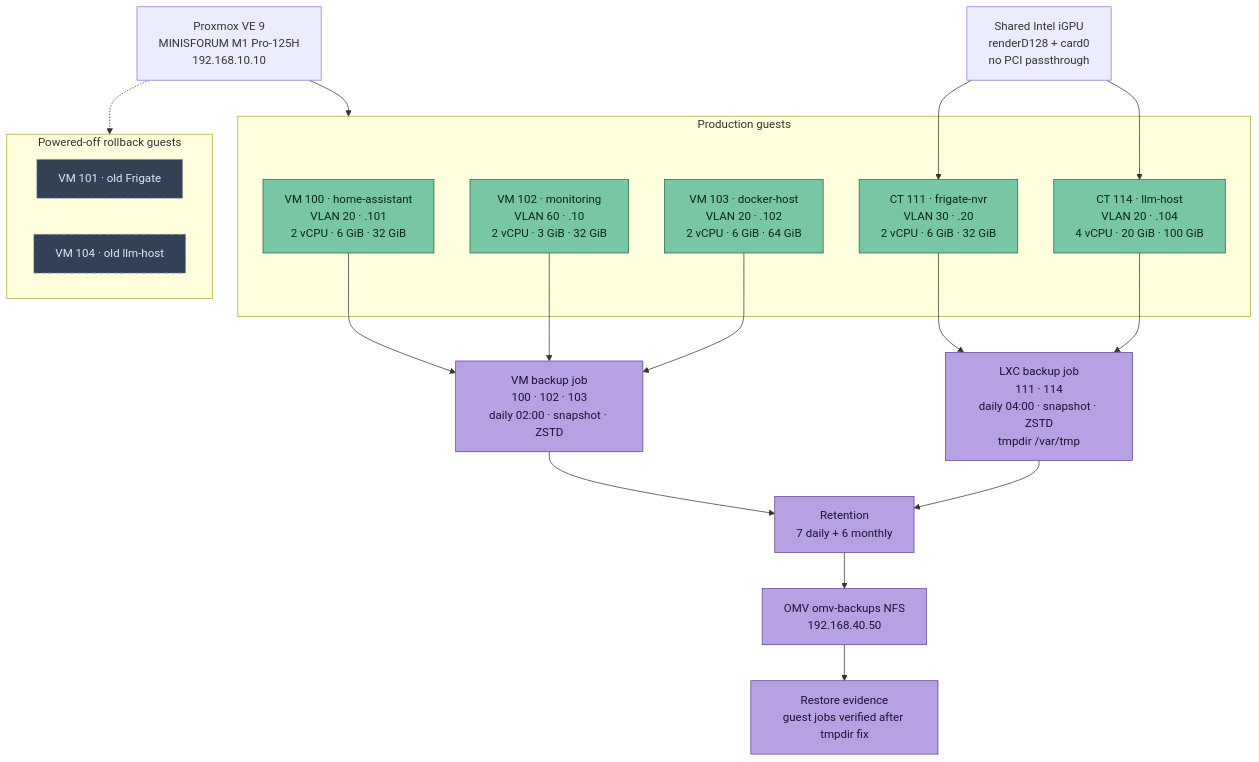
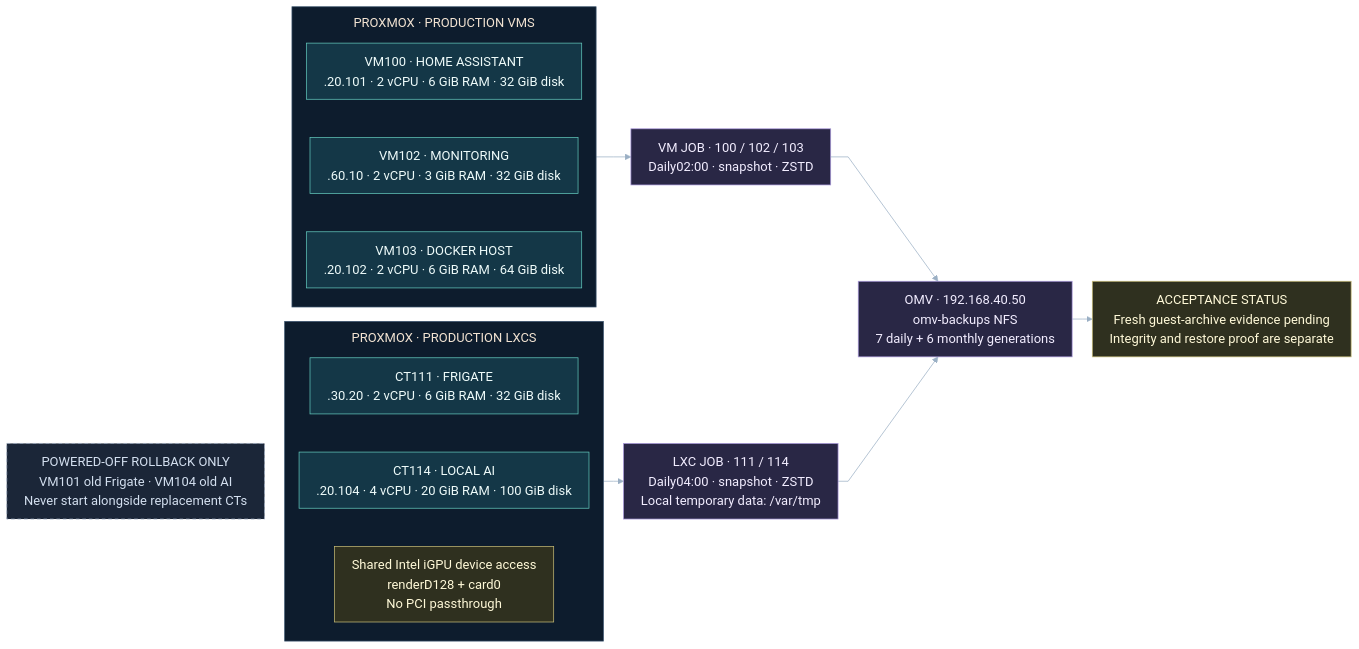
One commit to Nysplaidame/home-automation-project changed the diagram in main/docs/diagrams/infrastructure/proxmox-guests-and-backups.mermaid. Above: the diagram before and after it, drawn with Mermaid. The commit also changed 18 other files, not shown here.

Commit message:
docs(diagrams): simplify architecture views

```diff
--- a/main/docs/diagrams/infrastructure/proxmox-guests-and-backups.mermaid
+++ b/main/docs/diagrams/infrastructure/proxmox-guests-and-backups.mermaid
@@ -1,44 +1,35 @@
-flowchart TB
-    Proxmox["Proxmox VE 9<br/>MINISFORUM M1 Pro-125H<br/>192.168.10.10"]
+%%{init: {"theme":"base","fontFamily":"Segoe UI, sans-serif","themeVariables":{"primaryColor":"#123044","primaryTextColor":"#eef6ff","primaryBorderColor":"#58b7bf","lineColor":"#9aafc4","clusterBkg":"#0d1c2d","clusterBorder":"#38516b","tertiaryColor":"#0d1c2d","edgeLabelBackground":"#0b1929","fontFamily":"Segoe UI, sans-serif","fontSize":"18px"},"flowchart":{"curve":"linear","nodeSpacing":20,"rankSpacing":28,"padding":12,"subGraphTitleMargin":{"top":8,"bottom":16},"wrappingWidth":380,"useMaxWidth":false}}}%%
+flowchart LR
+    %% Guest membership and backup jobs; no cross-links to application services.
+    subgraph VMs["PROXMOX · PRODUCTION VMS"]
+        direction TB
+        HA["VM100 · HOME ASSISTANT<br/>.20.101 · 2 vCPU · 6 GiB RAM · 32 GiB disk"]
+        Monitor["VM102 · MONITORING<br/>.60.10 · 2 vCPU · 3 GiB RAM · 32 GiB disk"]
+        Docker["VM103 · DOCKER HOST<br/>.20.102 · 2 vCPU · 6 GiB RAM · 64 GiB disk"]
+        HA ~~~ Monitor ~~~ Docker
+    end
+    subgraph CTs["PROXMOX · PRODUCTION LXCS"]
+        direction TB
+        Frigate["CT111 · FRIGATE<br/>.30.20 · 2 vCPU · 6 GiB RAM · 32 GiB disk"]
+        AI["CT114 · LOCAL AI<br/>.20.104 · 4 vCPU · 20 GiB RAM · 100 GiB disk"]
+        GPU["Shared Intel iGPU device access<br/>renderD128 + card0<br/>No PCI passthrough"]
+        Frigate ~~~ AI ~~~ GPU
+    end
+    VMJob["VM JOB · 100 / 102 / 103<br/>Daily02:00 · snapshot · ZSTD"]
+    CTJob["LXC JOB · 111 / 114<br/>Daily04:00 · snapshot · ZSTD<br/>Local temporary data: /var/tmp"]
+    OMV["OMV · 192.168.40.50<br/>omv-backups NFS<br/>7 daily + 6 monthly generations"]
+    Evidence["ACCEPTANCE STATUS<br/>Fresh guest-archive evidence pending<br/>Integrity and restore proof are separate"]
+    Rollback["POWERED-OFF ROLLBACK ONLY<br/>VM101 old Frigate · VM104 old AI<br/>Never start alongside replacement CTs"]
+    VMs --> VMJob --> OMV
+    CTs --> CTJob --> OMV
+    OMV --> Evidence
+    Rollback ~~~ CTs
+    class HA,Monitor,Docker,Frigate,AI core
+    class VMJob,CTJob,OMV store
+    class GPU,Evidence policy
+    class Rollback deferred
 
-    subgraph Production["Production guests"]
-        HA["VM 100 · home-assistant<br/>VLAN 20 · .101<br/>2 vCPU · 6 GiB · 32 GiB"]
-        Monitor["VM 102 · monitoring<br/>VLAN 60 · .10<br/>2 vCPU · 3 GiB · 32 GiB"]
-        Docker["VM 103 · docker-host<br/>VLAN 20 · .102<br/>2 vCPU · 6 GiB · 64 GiB"]
-        Frigate["CT 111 · frigate-nvr<br/>VLAN 30 · .20<br/>2 vCPU · 6 GiB · 32 GiB"]
-        LLM["CT 114 · llm-host<br/>VLAN 20 · .104<br/>4 vCPU · 20 GiB · 100 GiB"]
-    end
-
-    subgraph Rollback["Powered-off rollback guests"]
-        OldFrigate["VM 101 · old Frigate"]
-        OldLLM["VM 104 · old llm-host"]
-    end
-
-    Proxmox --> Production
-    Proxmox -.-> Rollback
-
-    GPU["Shared Intel iGPU<br/>renderD128 + card0<br/>no PCI passthrough"]
-    GPU --> Frigate
-    GPU --> LLM
-
-    VMBackup["VM backup job<br/>100 · 102 · 103<br/>daily 02:00 · snapshot · ZSTD"]
-    CTBackup["LXC backup job<br/>111 · 114<br/>daily 04:00 · snapshot · ZSTD<br/>tmpdir /var/tmp"]
-    Retention["Retention<br/>7 daily + 6 monthly"]
-    OMV["OMV omv-backups NFS<br/>192.168.40.50"]
-    Restore["Restore evidence<br/>guest jobs verified after tmpdir fix"]
-
-    HA --> VMBackup
-    Monitor --> VMBackup
-    Docker --> VMBackup
-    Frigate --> CTBackup
-    LLM --> CTBackup
-    VMBackup --> Retention --> OMV
-    CTBackup --> Retention
-    OMV --> Restore
-
-    classDef guest fill:#78c6a3,stroke:#276749,color:#08251a
-    classDef rollback fill:#334155,stroke:#94a3b8,color:#e2e8f0,stroke-dasharray: 5 5
-    classDef backup fill:#b8a1e3,stroke:#5b4391,color:#1b1230
-    class HA,Monitor,Docker,Frigate,LLM guest
-    class OldFrigate,OldLLM rollback
-    class VMBackup,CTBackup,Retention,OMV,Restore backup
+    classDef core fill:#143747,stroke:#63c9bd,color:#eefbfa
+    classDef store fill:#292745,stroke:#aa99db,color:#f2edff
+    classDef policy fill:#2f301f,stroke:#c7bc77,color:#fff9d8
+    classDef deferred fill:#1b2638,stroke:#9dabc1,color:#d3dfef,stroke-dasharray:5 4
```
